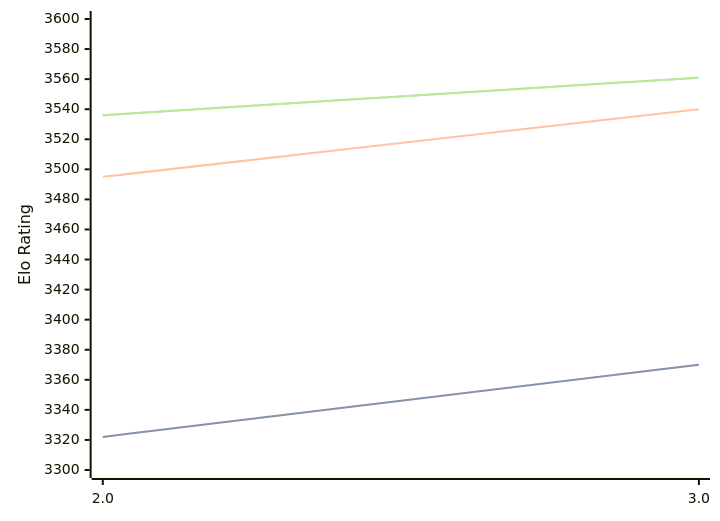
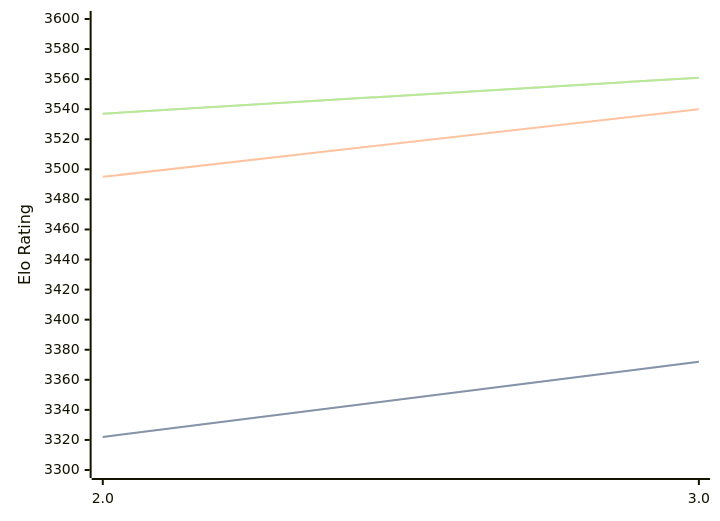
Before and after one commit to computer-chess-index/cci: the diagram in engines/Quanticade.md, drawn with Mermaid. The commit also changed other lines of this file, not shown here.

Commit message:
Update CCI Ratings (ELO VLTC) - 2026-04-07

````diff
--- a/engines/Quanticade.md
+++ b/engines/Quanticade.md
@@ -41,11 +41,11 @@
 ```mermaid
 %%{init: {"theme":"base","themeVariables":{"seriesColors:['#a3a3a3','#222221','#faa371']}}}%%
 xychart-beta
   x-axis ["2.0", "3.0"]
   y-axis "Elo Rating" 3300 --> 3600
-  line "STC (8.0+0.08s)" [3322, 3370]
-  line "STC (8.0+0.08s)" [3322, 3370]
+  line "STC (8.0+0.08s)" [3322, 3372]
+  line "STC (8.0+0.08s)" [3322, 3372]
   line "LTC (60.0+0.60s)" [3495, 3540]
-  line "VLTC (2m24s+1.12s)" [3536, 3561]
-  line "VLTC (2m24s+1.12s)" [3536, 3561]
+  line "VLTC (2m24s+1.12s)" [3537, 3561]
+  line "VLTC (2m24s+1.12s)" [3537, 3561]
 ```
````
